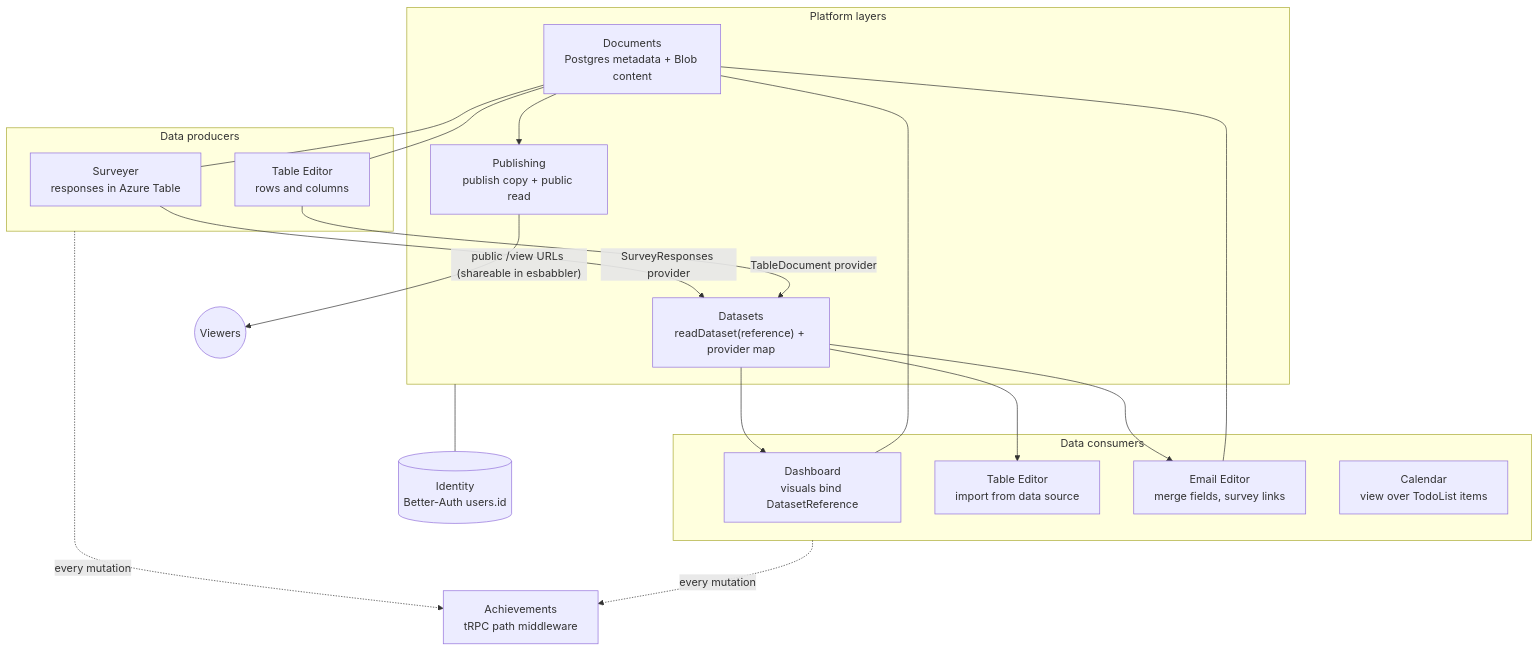
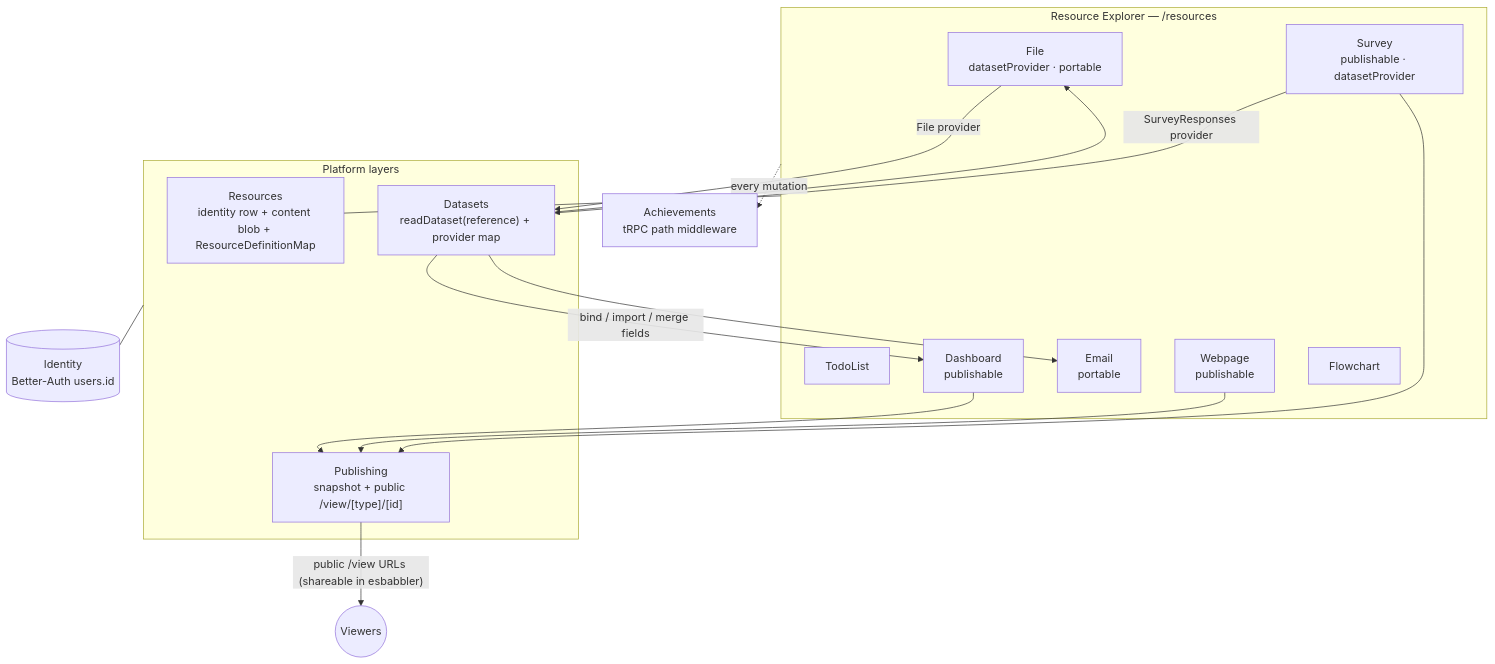
One commit to Esposter/Esposter changed the first of 2 diagrams in architecture/platform.md. Above: the diagram before and after it, drawn with Mermaid. The commit also changed other lines of this file and 17 other files, not shown here.

Commit message:
fix: add resource explorer docs

````diff
--- a/architecture/platform.md
+++ b/architecture/platform.md
@@ -29,38 +29,34 @@
 ```mermaid
 flowchart TB
-  subgraph producers [Data producers]
-    SV[Surveyer<br/>responses in Azure Table]
-    TE[Table Editor<br/>rows and columns]
+  subgraph explorer [Resource Explorer — /resources]
+    FILE[File<br/>datasetProvider · portable]
+    SURVEY[Survey<br/>publishable · datasetProvider]
+    TODO[TodoList]
+    DASH[Dashboard<br/>publishable]
+    EMAIL[Email<br/>portable]
+    WEB[Webpage<br/>publishable]
+    FLOW[Flowchart]
   end
 
   subgraph platform [Platform layers]
+    RES["Resources<br/>identity row + content blob + ResourceDefinitionMap"]
     DS["Datasets<br/>readDataset(reference) + provider map"]
-    DOC[Documents<br/>Postgres metadata + Blob content]
-    PUB[Publishing<br/>publish copy + public read]
+    PUB["Publishing<br/>snapshot + public /view/[type]/[id]"]
   end
 
-  subgraph consumers [Data consumers]
-    DB[Dashboard<br/>visuals bind DatasetReference]
-    TEI[Table Editor<br/>import from data source]
-    EM[Email Editor<br/>merge fields, survey links]
-    CAL[Calendar<br/>view over TodoList items]
-  end
-
-  SV -- SurveyResponses provider --> DS
-  TE -- TableDocument provider --> DS
-  DS --> DB
-  DS --> TEI
-  DS --> EM
-  DOC --- SV
-  DOC --- TE
-  DOC --- DB
-  DOC --- EM
-  DOC --> PUB
+  explorer --- RES
+  FILE -- File provider --> DS
+  SURVEY -- SurveyResponses provider --> DS
+  DS -- bind / import / merge fields --> DASH
+  DS --> FILE
+  DS --> EMAIL
+  SURVEY --> PUB
+  DASH --> PUB
+  WEB --> PUB
   PUB -- "public /view URLs (shareable in esbabbler)" --> WORLD((Viewers))
 
   ACH[Achievements<br/>tRPC path middleware]
   ID[(Identity<br/>Better-Auth users.id)]
   platform --- ID
-  producers -. every mutation .-> ACH
-  consumers -. every mutation .-> ACH
+  explorer -. every mutation .-> ACH
 ```
````
